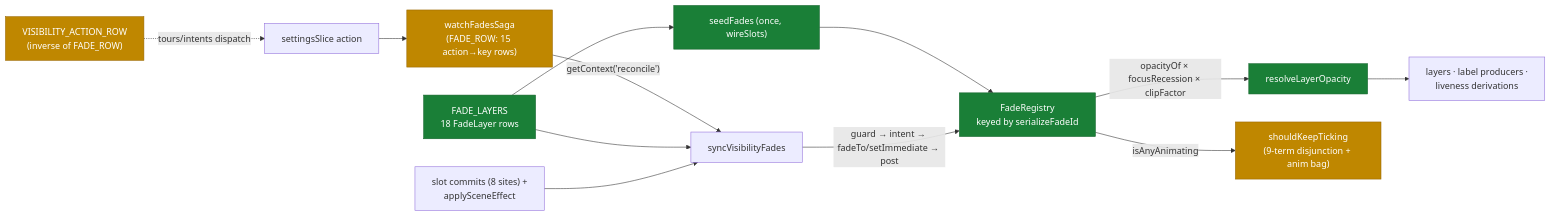
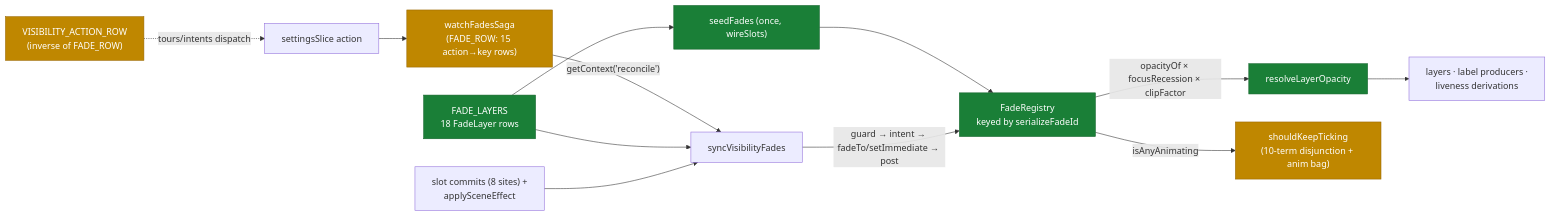
One commit to rulkens/skymap changed the fourth of 5 diagrams in docs/research/engine/current-contracts-map.md. Above: the diagram before and after it, drawn with Mermaid. The commit also changed other lines of this file and 20 other files, not shown here.

First line of the commit message:
refactor(engine): rung 5 — wake-vote fold (labelsAnimating into the anim bag; redundant volume wakes deleted) (#591)

````diff
--- a/docs/research/engine/current-contracts-map.md
+++ b/docs/research/engine/current-contracts-map.md
@@ -155,18 +155,18 @@
 ```mermaid
 flowchart LR
     ACT["settingsSlice action"] --> SAGA["watchFadesSaga<br/>(FADE_ROW: 15 action→key rows)"]
     SAGA -->|"getContext('reconcile')"| SYNC["syncVisibilityFades"]
     FL["FADE_LAYERS<br/>18 FadeLayer rows"] --> SYNC
     FL --> SEED["seedFades (once, wireSlots)"]
     SEED --> REG["FadeRegistry<br/>keyed by serializeFadeId"]
     SYNC -->|"guard → intent → fadeTo/setImmediate → post"| REG
     COMMITS["slot commits (8 sites) +<br/>applySceneEffect"] --> SYNC
     REG -->|"opacityOf × focusRecession × clipFactor"| RLO["resolveLayerOpacity"]
     RLO --> CONS["layers · label producers ·<br/>liveness derivations"]
-    REG -->|"isAnyAnimating"| WAKE["shouldKeepTicking<br/>(9-term disjunction + anim bag)"]
+    REG -->|"isAnyAnimating"| WAKE["shouldKeepTicking<br/>(10-term disjunction + anim bag)"]
     VAR["VISIBILITY_ACTION_ROW<br/>(inverse of FADE_ROW)"] -.->|"tours/intents dispatch"| ACT
     classDef good fill:#1a7f37,stroke:#116329,color:#ffffff
     classDef warn fill:#bf8700,stroke:#9a6700,color:#ffffff
     class FL,SEED,REG,RLO good
     class SAGA,VAR,WAKE warn
 ```
````
